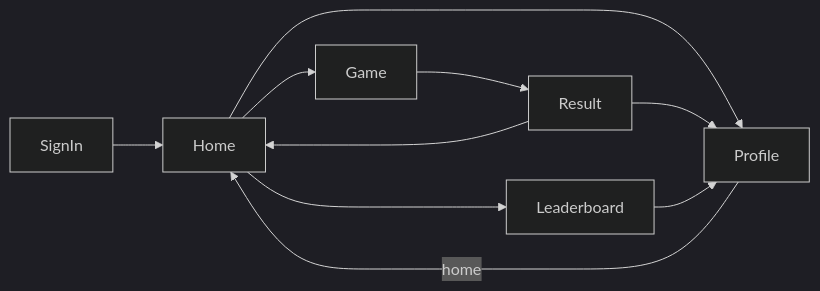
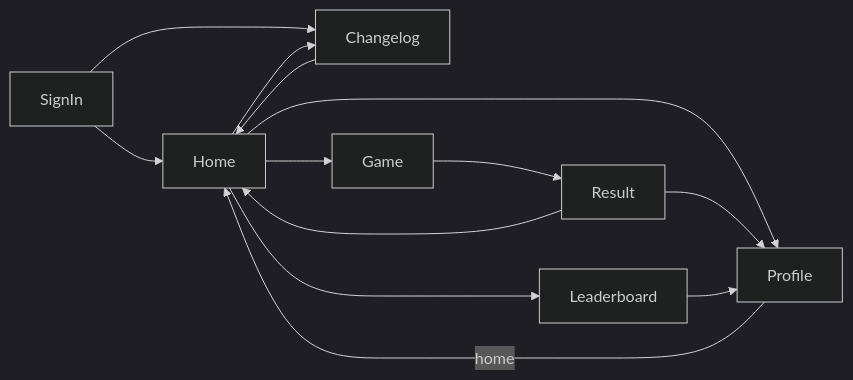
One commit to melkor217/rock-paper-scissors changed the diagram in docs/UI.md. Above: the diagram before and after it, drawn with Mermaid (dark theme). The commit also changed other lines of this file and 6 other files, not shown here.

First line of the commit message:
Sync docs with BO10, match clocks, and current architecture.

````diff
--- a/docs/UI.md
+++ b/docs/UI.md
@@ -36,12 +37,15 @@
 ```mermaid
 flowchart LR
   SignIn --> Home
+  SignIn --> Changelog
   Home --> Game
   Home --> Leaderboard
   Home --> Profile
+  Home --> Changelog
   Game --> Result
   Result --> Home
   Result --> Profile
   Leaderboard --> Profile
+  Changelog --> Home
   Profile -->|home| Home
 ```
````
